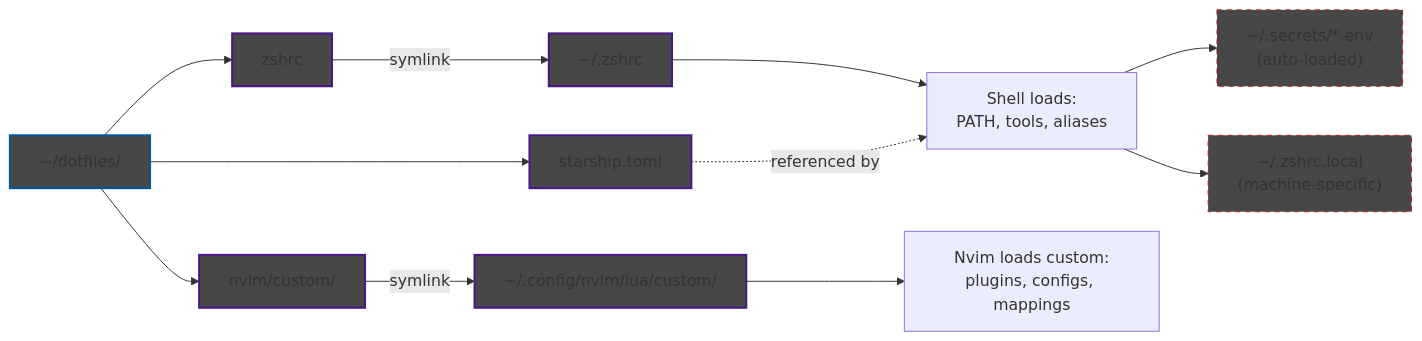
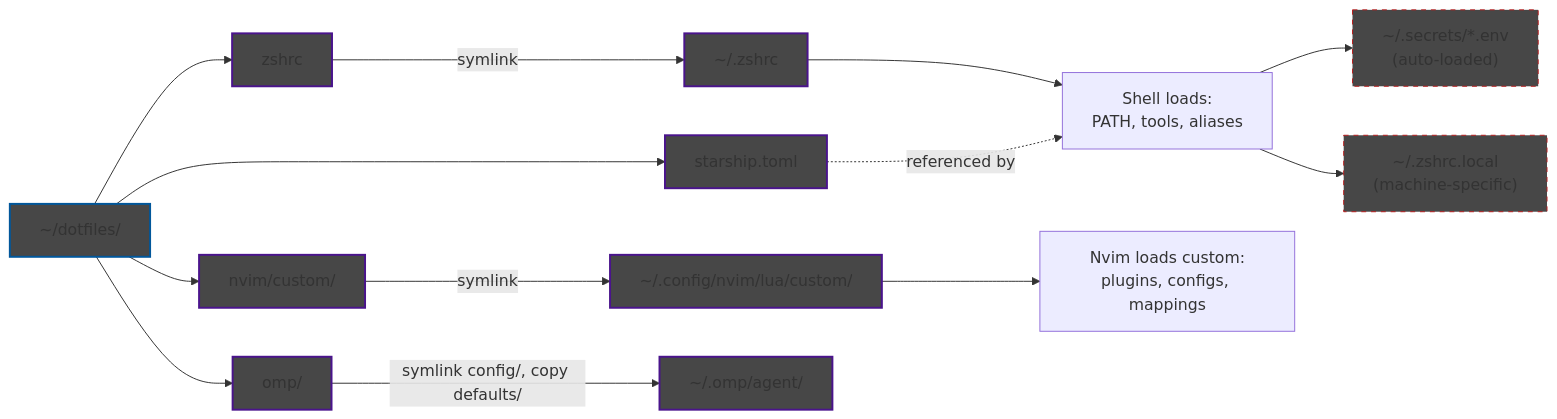
One commit to jcooper036/dotfiles changed the diagram in README.md. Above: the diagram before and after it, drawn with Mermaid. The commit also changed other lines of this file and 6 other files, not shown here.

Commit message:
omp: install.sh links config/ into the agent dir and seeds config.yml from defaults/; mcp.json moves into config/

````diff
--- a/README.md
+++ b/README.md
@@ -6,24 +6,26 @@
 ```mermaid
 graph LR
     REPO["~/dotfiles/"] --> ZSHRC["zshrc"]
     REPO --> STARSHIP["starship.toml"]
     REPO --> NVIM["nvim/custom/"]
+    REPO --> OMP["omp/"]
 
     ZSHRC -->|symlink| SYS_ZSH["~/.zshrc"]
     NVIM -->|symlink| SYS_NVIM["~/.config/nvim/lua/custom/"]
+    OMP -->|symlink config/, copy defaults/| SYS_OMP["~/.omp/agent/"]
 
     SYS_ZSH --> SHELL["Shell loads:<br/>PATH, tools, aliases"]
     SHELL --> SECRETS["~/.secrets/*.env<br/>(auto-loaded)"]
     SHELL --> LOCAL["~/.zshrc.local<br/>(machine-specific)"]
     STARSHIP -.->|referenced by| SHELL
 
     SYS_NVIM --> NVIM_LOAD["Nvim loads custom:<br/>plugins, configs, mappings"]
 
     classDef repo fill:#474747,stroke:#01579b,stroke-width:2px
     classDef sys fill:#474747,stroke:#4a148c,stroke-width:2px
     classDef secret fill:#474747,stroke:#b71c1c,stroke-dasharray:5 5
 
     class REPO repo
-    class ZSHRC,STARSHIP,NVIM,SYS_ZSH,SYS_NVIM sys
+    class ZSHRC,STARSHIP,NVIM,OMP,SYS_ZSH,SYS_NVIM,SYS_OMP sys
     class SECRETS,LOCAL secret
 ```
````
